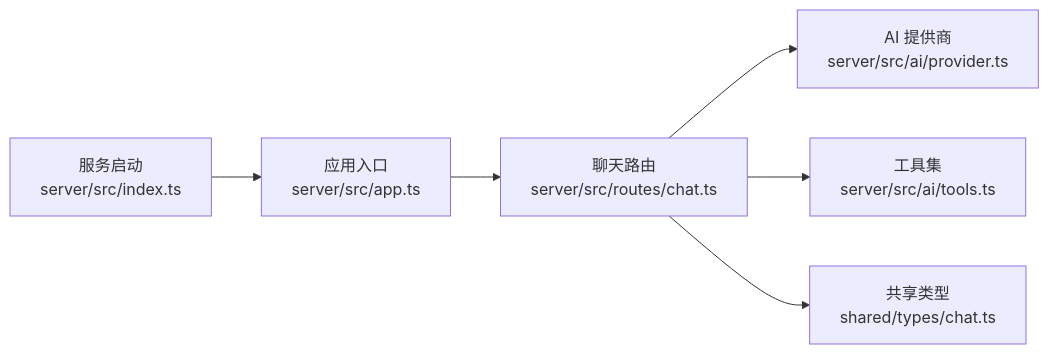
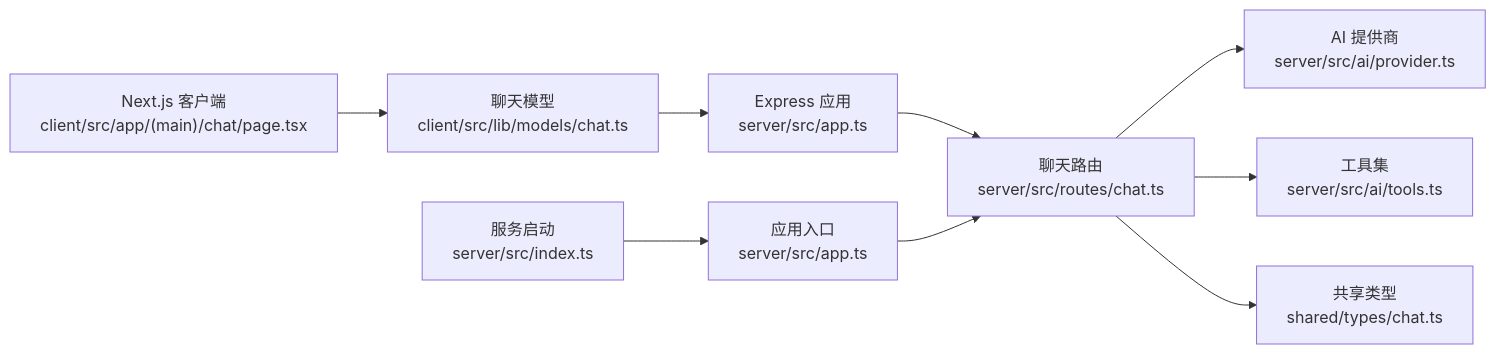
The third of 5 diagrams in .qoder/repowiki/zh/content/API参考文档/聊天接口.md (aHin0805/FH6CarSettingAgent), drawn with Mermaid before and after one commit. The commit also changed other lines of this file and 12 other files, not shown here.

````diff
--- a/.qoder/repowiki/zh/content/API参考文档/聊天接口.md
+++ b/.qoder/repowiki/zh/content/API参考文档/聊天接口.md
@@ -228,8 +276,11 @@
 ```mermaid
 graph LR
-Chat["聊天路由<br/>server/src/routes/chat.ts"] --> Provider["AI 提供商<br/>server/src/ai/provider.ts"]
+Client["Next.js 客户端<br/>client/src/app/(main)/chat/page.tsx"] --> Models["聊天模型<br/>client/src/lib/models/chat.ts"]
+Models --> Server["Express 应用<br/>server/src/app.ts"]
+Server --> Chat["聊天路由<br/>server/src/routes/chat.ts"]
+Chat --> Provider["AI 提供商<br/>server/src/ai/provider.ts"]
 Chat --> Tools["工具集<br/>server/src/ai/tools.ts"]
 Chat --> Types["共享类型<br/>shared/types/chat.ts"]
 App["应用入口<br/>server/src/app.ts"] --> Chat
 Index["服务启动<br/>server/src/index.ts"] --> App
 ```
````
